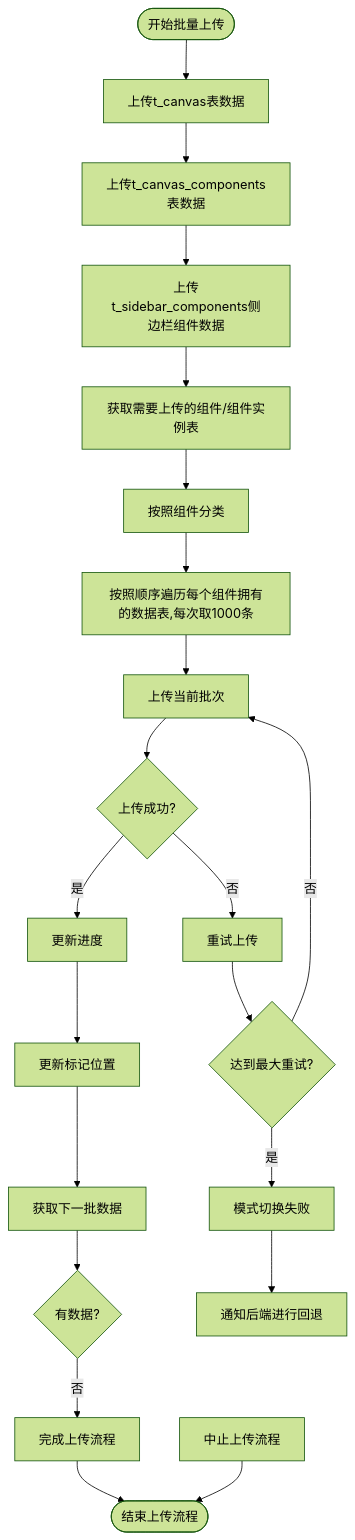
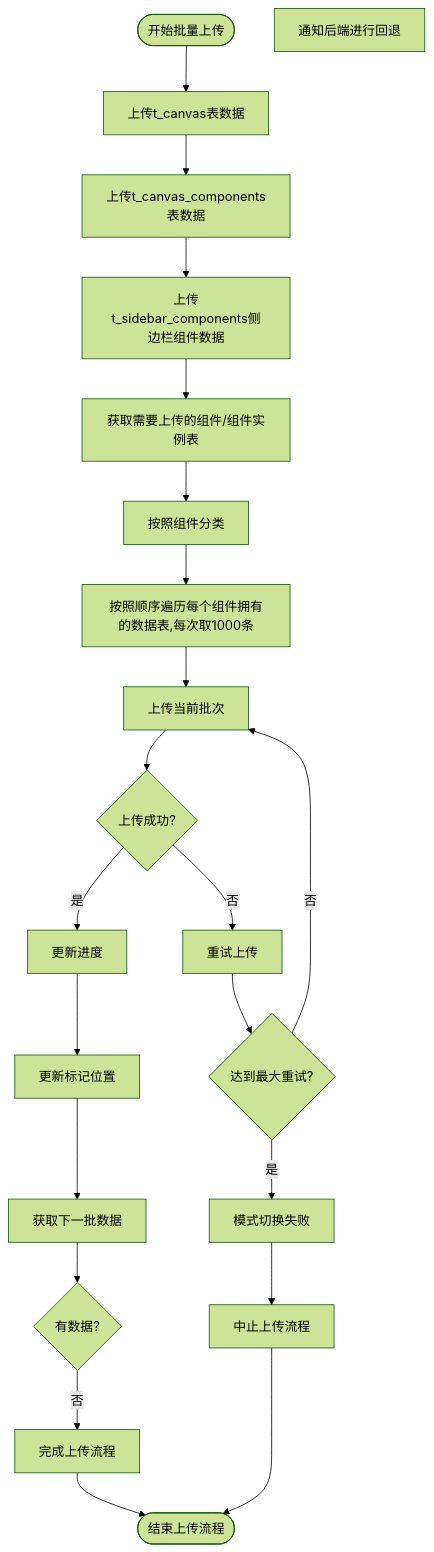
One commit to yingjianzh/iodraw-files changed the diagram in all/未命名-51.md. Above: the diagram before and after it, drawn with Mermaid (forest theme).

Commit message:
2025-05-08 17:36:29 update

````diff
--- a/all/未命名-51.md
+++ b/all/未命名-51.md
@@ -1,33 +1,33 @@
 ```mermaid
 flowchart TD
     Start([开始批量上传]) --> UploadSpaceData[上传t_canvas表数据]
     UploadSpaceData --> UploadComponentListData[上传t_canvas_components表数据]
     UploadComponentListData --> UploadSiderComponent[上传t_sidebar_components侧边栏组件数据]
     UploadSiderComponent --> FetchData[获取需要上传的组件/组件实例表]
     FetchData --> ClassifyData[按照组件分类]
     ClassifyData --> UploadData[按照顺序遍历每个组件拥有的数据表,每次取1000条]
     UploadData --> UploadBatch[上传当前批次]
     
     UpdateProgress --> UpdateMarker[更新标记位置]
     UpdateMarker --> FetchNextBatch[获取下一批数据]
     
     FetchNextBatch --> CheckResults{有数据?}
     CheckResults -->|否| CompleteUpload[完成上传流程]
      
     
     UploadBatch --> UploadSuccess{上传成功?}
     UploadSuccess -->|是| UpdateProgress[更新进度]
     UploadSuccess -->|否| RetryUpload[重试上传]
     
     RetryUpload --> MaxRetries{达到最大重试?}
     MaxRetries -->|否| UploadBatch
     MaxRetries -->|是| ErrorHandling[模式切换失败]
     
-    ErrorHandling --> ReportError[通知后端进行回退]
-   AbortProcess[中止上传流程]
+    ErrorHandling --> 
+    AbortProcess[中止上传流程]
     
-    
+    ReportError[通知后端进行回退]
     
     CompleteUpload --> End([结束上传流程])
     AbortProcess --> End
 ```
````
